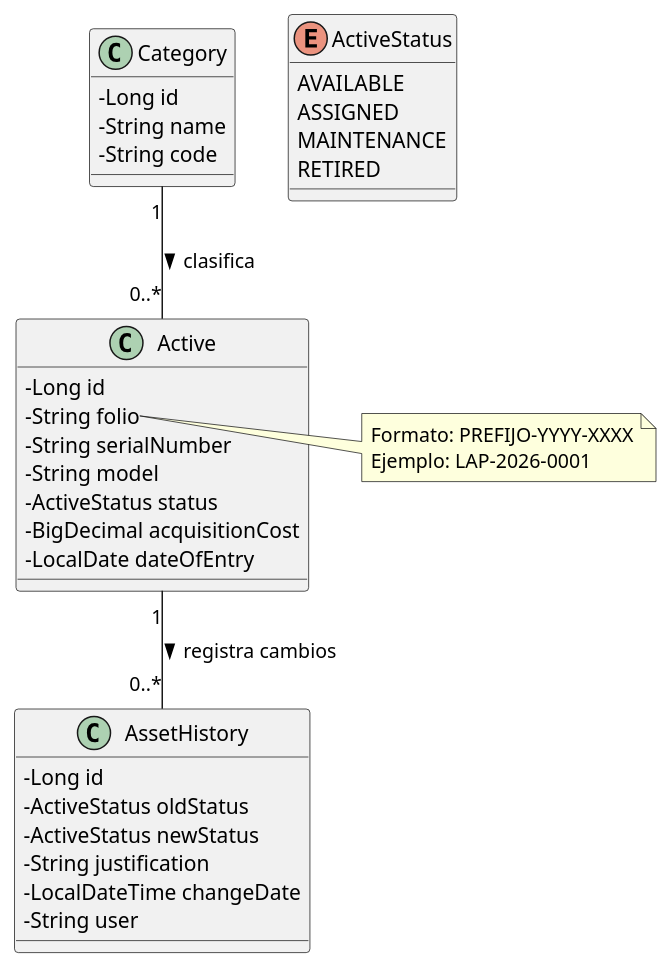
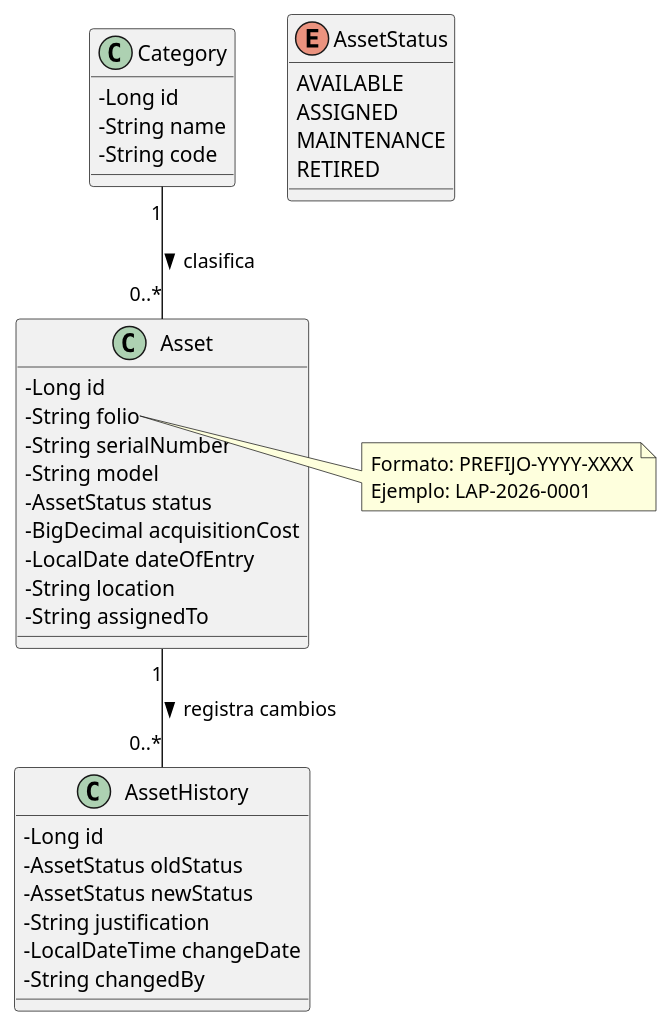
The diagram in docs/domain-model.puml (robertolc83/inventario-activos-api), drawn with PlantUML before and after one commit. The commit also changed 4 other files, not shown here.

```diff
--- a/docs/domain-model.puml
+++ b/docs/domain-model.puml
@@ -1,44 +1,46 @@
 @startuml
 skinparam classAttributeIconSize 0
 
-enum ActiveStatus {
+enum AssetStatus {
   AVAILABLE
   ASSIGNED
   MAINTENANCE
   RETIRED
 }
 
 class Category {
   - Long id
   - String name
   - String code
 }
 
-class Active {
+class Asset {
   - Long id
   - String folio
   - String serialNumber
   - String model
-  - ActiveStatus status
+  - AssetStatus status
   - BigDecimal acquisitionCost
   - LocalDate dateOfEntry
+  - String location
+  - String assignedTo
 }
 
 class AssetHistory {
   - Long id
-  - ActiveStatus oldStatus
-  - ActiveStatus newStatus
+  - AssetStatus oldStatus
+  - AssetStatus newStatus
   - String justification
   - LocalDateTime changeDate
-  - String user
+  - String changedBy
 }
 
-Category "1" -- "0..*" Active : clasifica >
-Active "1" -- "0..*" AssetHistory : registra cambios >
+Category "1" -- "0..*" Asset : clasifica >
+Asset "1" -- "0..*" AssetHistory : registra cambios >
 
-note right of Active::folio
+note right of Asset::folio
   Formato: PREFIJO-YYYY-XXXX
   Ejemplo: LAP-2026-0001
 end note
 
 @enduml
```
